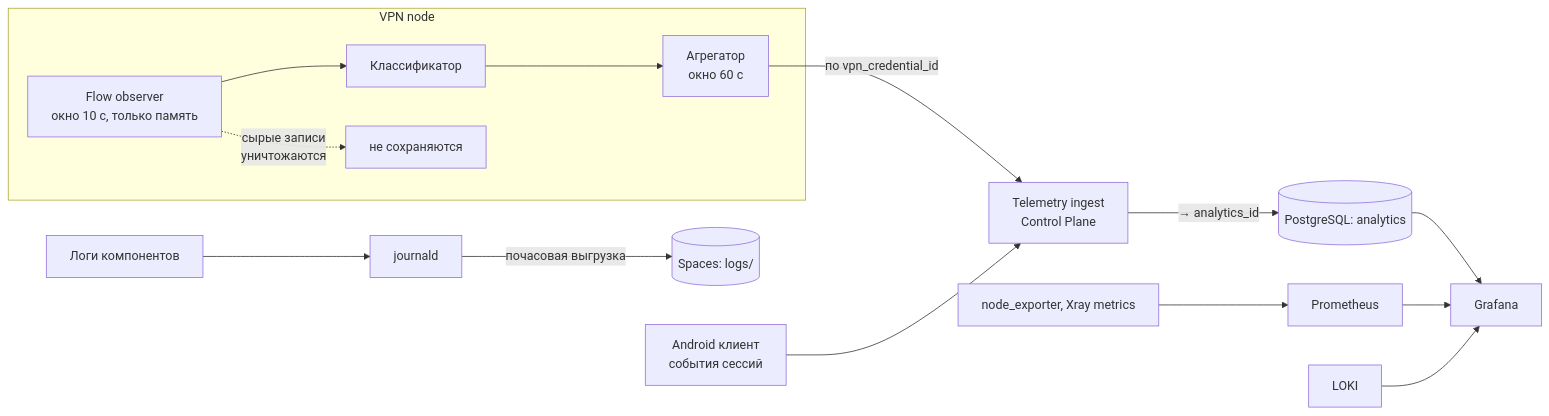
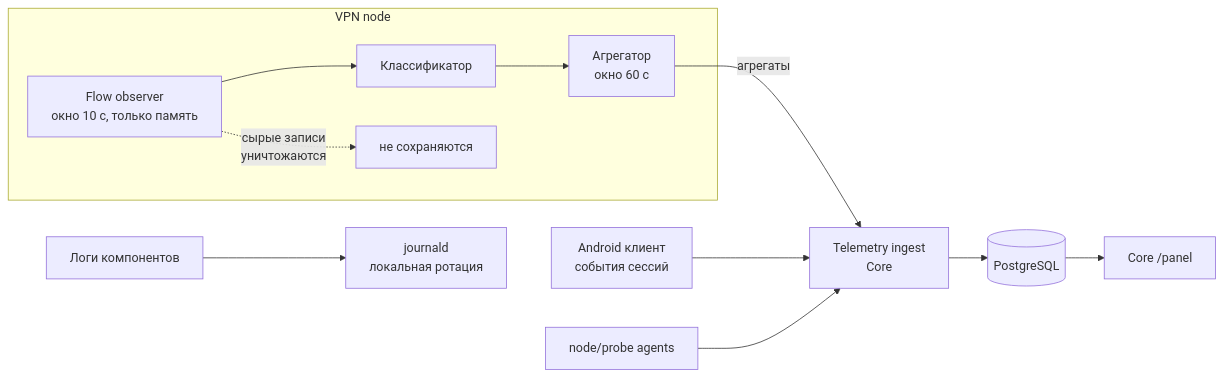
Before and after one commit to ai-zaytsev/simple: the diagram in docs/architecture/observability.md, drawn with Mermaid. The commit also changed other lines of this file and 35 other files, not shown here.

````diff
--- a/docs/architecture/observability.md
+++ b/docs/architecture/observability.md
@@ -45,19 +45,16 @@
 ```mermaid
 flowchart LR
     subgraph node["VPN node"]
         FLOW["Flow observer<br/>окно 10 с, только память"]
         CLASS["Классификатор"]
         AGG["Агрегатор<br/>окно 60 с"]
         FLOW --> CLASS --> AGG
         FLOW -.->|"сырые записи<br/>уничтожаются"| DROP["не сохраняются"]
     end
-    AGG -->|"по vpn_credential_id"| ING["Telemetry ingest<br/>Control Plane"]
+    AGG -->|"агрегаты"| ING["Telemetry ingest<br/>Core"]
     CLI["Android клиент<br/>события сессий"] --> ING
-    ING -->|"→ analytics_id"| AN[("PostgreSQL: analytics")]
-    NODEM["node_exporter, Xray metrics"] --> PROM["Prometheus"]
-    LOGS["Логи компонентов"] --> JD["journald"]
-    JD -->|"почасовая выгрузка"| SP[("Spaces: logs/")]
-    AN --> GRAF["Grafana"]
-    PROM --> GRAF
-    LOKI --> GRAF
+    AGENT["node/probe agents"] --> ING
+    ING --> AN[("PostgreSQL")]
+    AN --> PANEL["Core /panel"]
+    LOGS["Логи компонентов"] --> JD["journald<br/>локальная ротация"]
 ```
````
